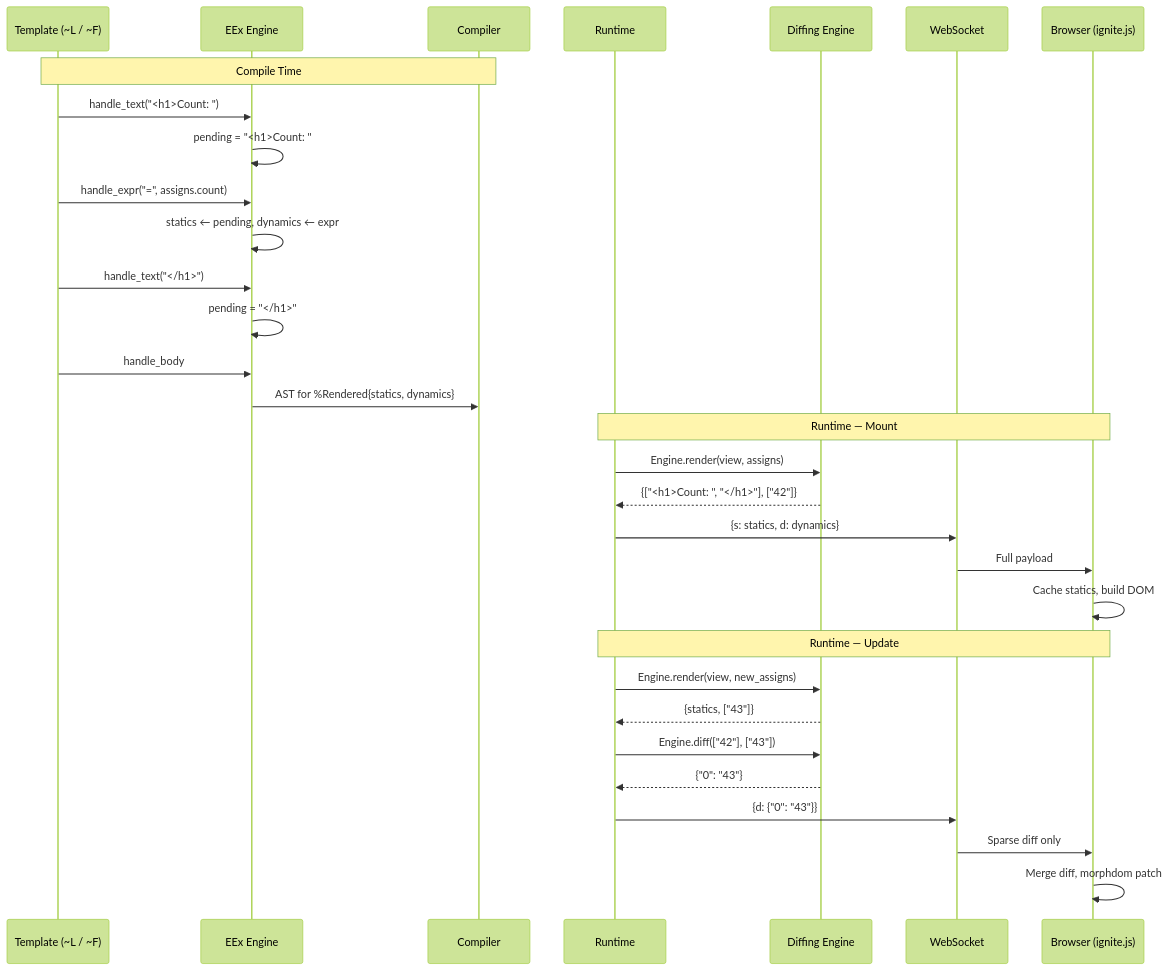
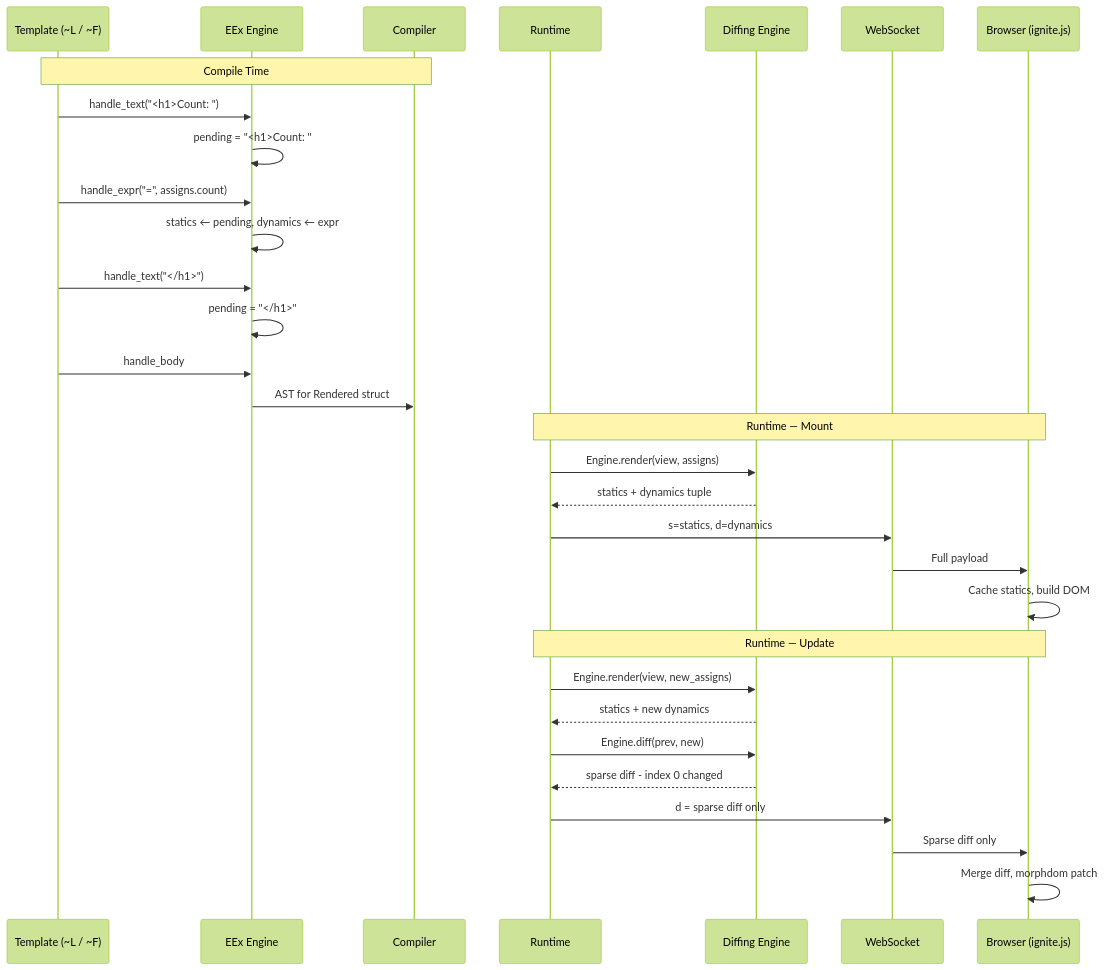
The diagram in course/flows/fine-grained-diffing-pipeline.md (rajeshpillai/elixir-byowf), drawn with Mermaid (forest theme) before and after one commit. The commit also changed 16 other files, not shown here.

First line of the commit message:
Fix Mermaid v11 syntax errors in course diagrams

````diff
--- a/course/flows/fine-grained-diffing-pipeline.md
+++ b/course/flows/fine-grained-diffing-pipeline.md
@@ -97,36 +97,36 @@
 ```mermaid
 sequenceDiagram
     participant T as Template (~L / ~F)
     participant EE as EEx Engine
     participant C as Compiler
     participant RT as Runtime
     participant E as Diffing Engine
     participant WS as WebSocket
     participant JS as Browser (ignite.js)
 
     Note over T,C: Compile Time
     T->>EE: handle_text("<h1>Count: ")
     EE->>EE: pending = "<h1>Count: "
     T->>EE: handle_expr("=", assigns.count)
     EE->>EE: statics ← pending, dynamics ← expr
     T->>EE: handle_text("</h1>")
     EE->>EE: pending = "</h1>"
     T->>EE: handle_body
-    EE->>C: AST for %Rendered{statics, dynamics}
+    EE->>C: AST for Rendered struct
 
     Note over RT,JS: Runtime — Mount
     RT->>E: Engine.render(view, assigns)
-    E-->>RT: {["<h1>Count: ", "</h1>"], ["42"]}
-    RT->>WS: {s: statics, d: dynamics}
+    E-->>RT: statics + dynamics tuple
+    RT->>WS: s=statics, d=dynamics
     WS->>JS: Full payload
     JS->>JS: Cache statics, build DOM
 
     Note over RT,JS: Runtime — Update
     RT->>E: Engine.render(view, new_assigns)
-    E-->>RT: {statics, ["43"]}
-    RT->>E: Engine.diff(["42"], ["43"])
-    E-->>RT: {"0": "43"}
-    RT->>WS: {d: {"0": "43"}}
+    E-->>RT: statics + new dynamics
+    RT->>E: Engine.diff(prev, new)
+    E-->>RT: sparse diff - index 0 changed
+    RT->>WS: d = sparse diff only
     WS->>JS: Sparse diff only
     JS->>JS: Merge diff, morphdom patch
 ```
````
